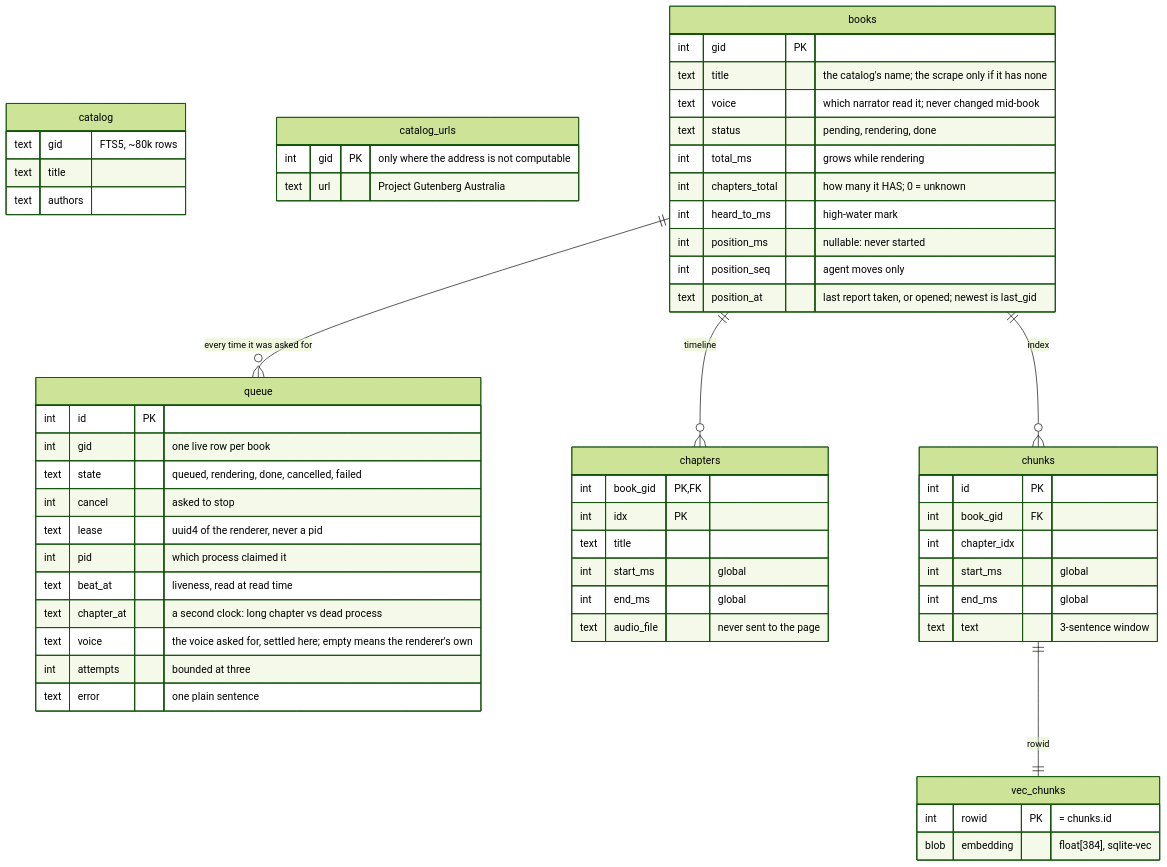
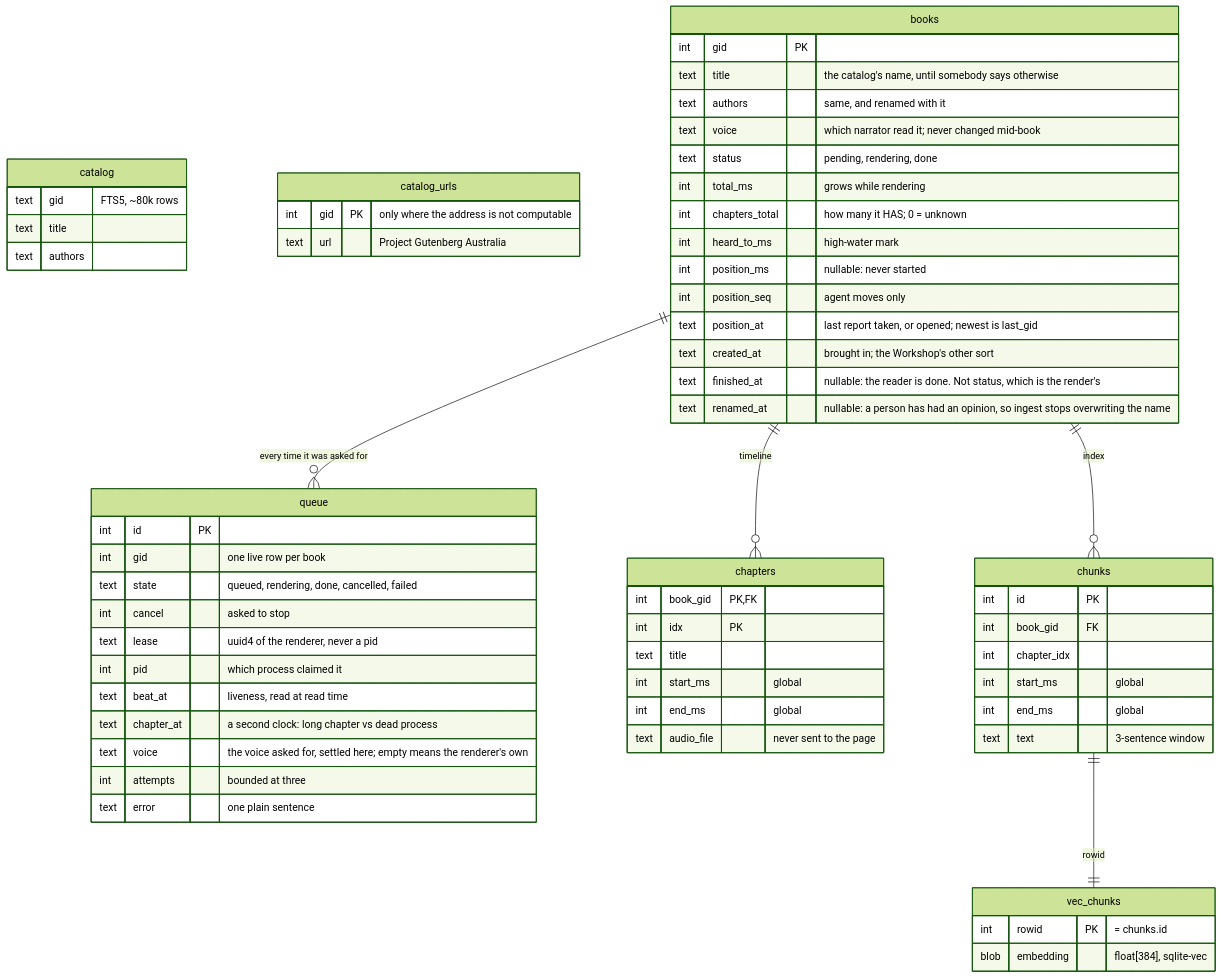
One commit to gilesknap/somnia changed the third of 5 diagrams in docs/explanations/architecture.md. Above: the diagram before and after it, drawn with Mermaid (forest theme). The commit also changed other lines of this file and 3 other files, not shown here.

First line of the commit message:
Let the architecture page describe the book somnia now keeps

````diff
--- a/docs/explanations/architecture.md
+++ b/docs/explanations/architecture.md
@@ -170,62 +170,66 @@
 ```mermaid
 erDiagram
   catalog {
     text gid "FTS5, ~80k rows"
     text title
     text authors
   }
   catalog_urls {
     int gid PK "only where the address is not computable"
     text url "Project Gutenberg Australia"
   }
   books {
     int gid PK
-    text title "the catalog's name; the scrape only if it has none"
+    text title "the catalog's name, until somebody says otherwise"
+    text authors "same, and renamed with it"
     text voice "which narrator read it; never changed mid-book"
     text status "pending, rendering, done"
     int total_ms "grows while rendering"
     int chapters_total "how many it HAS; 0 = unknown"
     int heard_to_ms "high-water mark"
     int position_ms "nullable: never started"
     int position_seq "agent moves only"
     text position_at "last report taken, or opened; newest is last_gid"
+    text created_at "brought in; the Workshop's other sort"
+    text finished_at "nullable: the reader is done. Not status, which is the render's"
+    text renamed_at "nullable: a person has had an opinion, so ingest stops overwriting the name"
   }
   queue {
     int id PK
     int gid "one live row per book"
     text state "queued, rendering, done, cancelled, failed"
     int cancel "asked to stop"
     text lease "uuid4 of the renderer, never a pid"
     int pid "which process claimed it"
     text beat_at "liveness, read at read time"
     text chapter_at "a second clock: long chapter vs dead process"
     text voice "the voice asked for, settled here; empty means the renderer's own"
     int attempts "bounded at three"
     text error "one plain sentence"
   }
   chapters {
     int book_gid PK, FK
     int idx PK
     text title
     int start_ms "global"
     int end_ms "global"
     text audio_file "never sent to the page"
   }
   chunks {
     int id PK
     int book_gid FK
     int chapter_idx
     int start_ms "global"
     int end_ms "global"
     text text "3-sentence window"
   }
   vec_chunks {
     int rowid PK "= chunks.id"
     blob embedding "float[384], sqlite-vec"
   }
 
   books ||--o{ chapters : "timeline"
   books ||--o{ chunks : "index"
   chunks ||--|| vec_chunks : "rowid"
   books ||--o{ queue : "every time it was asked for"
 ```
````
